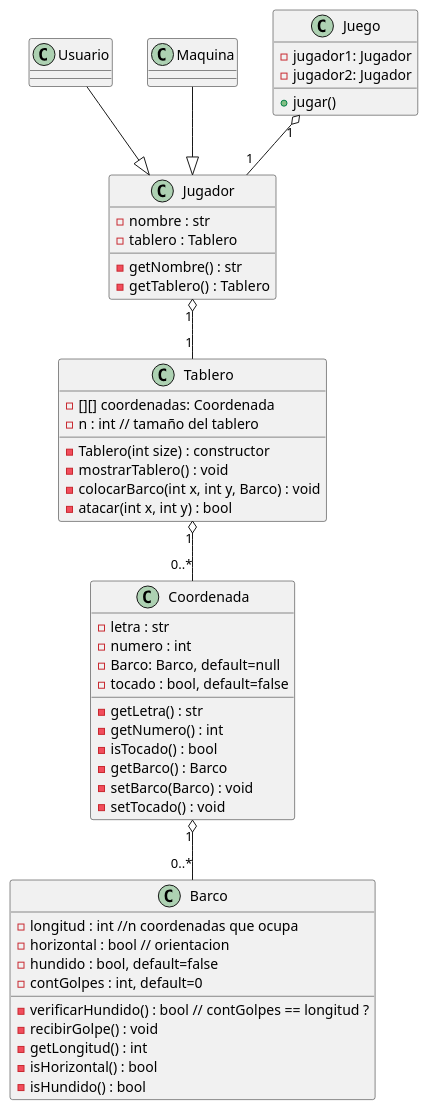
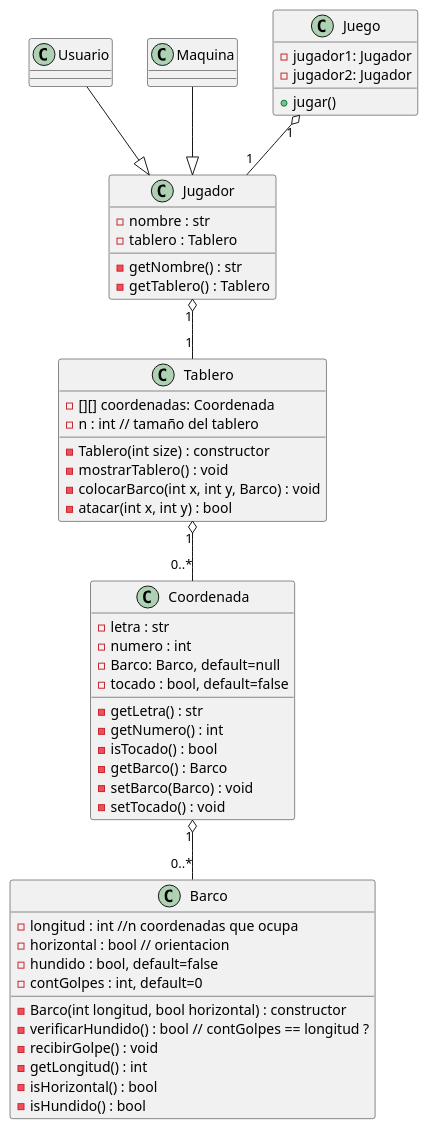
One commit to santiago6124/ProyectoFinalProg2 changed the diagram in docs/diagram_v-review.wsd. Above: the diagram before and after it, drawn with PlantUML. The commit also changed 1 other file, not shown here.

Commit message:
Barco review: code, methods, diagram

```diff
--- a/docs/diagram_v-review.wsd
+++ b/docs/diagram_v-review.wsd
@@ -1,73 +1,81 @@
 @startuml
 
 class Tablero {
     - [][] coordenadas: Coordenada
     - n : int // tamaño del tablero
     - Tablero(int size) : constructor
         '   -> inicializa objetos Coordenada en coordenadas
     - mostrarTablero() : void
         '   -> mostrarTablero: imprime el tablero, validando: coord.getBarco(), coord.isTocado()
     - colocarBarco(int x, int y, Barco) : void
         '   -> Coordenas.setBarco, ¿¿¿ barco.agregarCoordenada ???
     - atacar(int x, int y) : bool
         '   -> Coordenas.setBarco, coord.setTocado(true), coord.getBarco()->recibirGolpe()
 }
 
 class Coordenada {
     - letra : str
     - numero : int
     - Barco: Barco, default=null
     - tocado : bool, default=false
     - getLetra() : str
     - getNumero() : int
     - isTocado() : bool
     - getBarco() : Barco
     - setBarco(Barco) : void
     - setTocado() : void
 }
 
 Tablero "1" o-- "0..*" Coordenada
 
 class Barco {
     - longitud : int //n coordenadas que ocupa
     - horizontal : bool // orientacion
     - hundido : bool, default=false
     - contGolpes : int, default=0
+    - Barco(int longitud, bool horizontal) : constructor
+        '   -> longitud_, horizontal_
     - verificarHundido() : bool // contGolpes == longitud ?
+        '   -> return contGolpes == longitud
     - recibirGolpe() : void
+        '   -> contGolpes++, validar si hundido asignar = true
     - getLongitud() : int
+        '   -> return longitud
     - isHorizontal() : bool
+        '   -> return horizontal
     - isHundido() : bool
+        '   -> return hundido
+
 }
 
 Coordenada "1" o-- "0..*" Barco
 
 class Jugador {
     - nombre : str
     - tablero : Tablero
     ' - [] barcos : Barco
     ' - [] disparos : Coordenada
     - getNombre() : str
     - getTablero() : Tablero
 }
 
 class Usuario {
 }
 
 class Maquina {
 }
 
 Usuario --|> Jugador
 Maquina --|> Jugador
 
 Jugador "1" o-- "1" Tablero
 
 class Juego {
     - jugador1: Jugador
     - jugador2: Jugador
     + jugar()
 }
 
 Juego "1" o-- "1" Jugador
 
 @enduml
```
